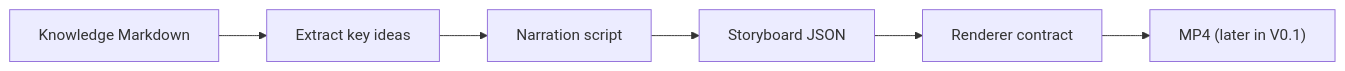
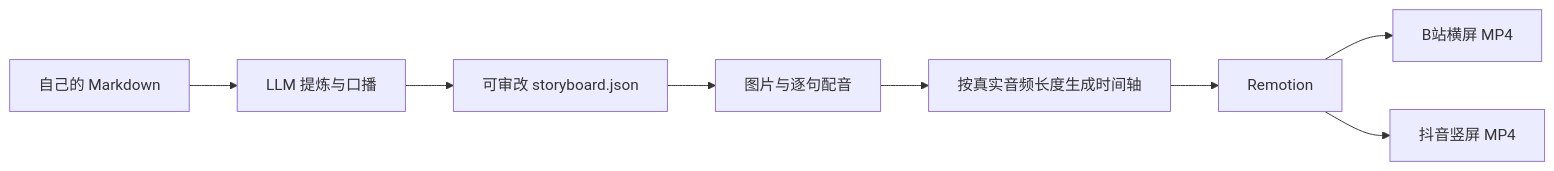
One commit to XiaoWeiKIN/MindFrame changed the diagram in README.md. Above: the diagram before and after it, drawn with Mermaid. The commit also changed other lines of this file and 24 other files, not shown here.

````diff
--- a/README.md
+++ b/README.md
@@ -11,8 +8,10 @@
 ```mermaid
 flowchart LR
-    A["Knowledge Markdown"] --> B["Extract key ideas"]
-    B --> C["Narration script"]
-    C --> D["Storyboard JSON"]
-    D --> E["Renderer contract"]
-    E --> F["MP4 (later in V0.1)"]
+  A[自己的 Markdown] --> B[LLM 提炼与口播]
+  B --> C[可审改 storyboard.json]
+  C --> D[图片与逐句配音]
+  D --> E[按真实音频长度生成时间轴]
+  E --> F[Remotion]
+  F --> G[B站横屏 MP4]
+  F --> H[抖音竖屏 MP4]
 ```
````
